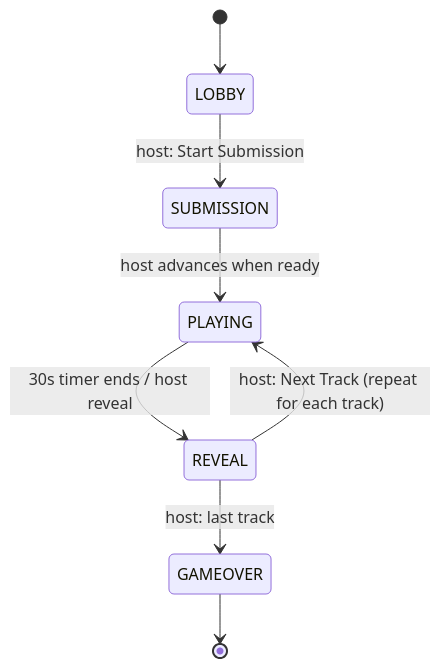
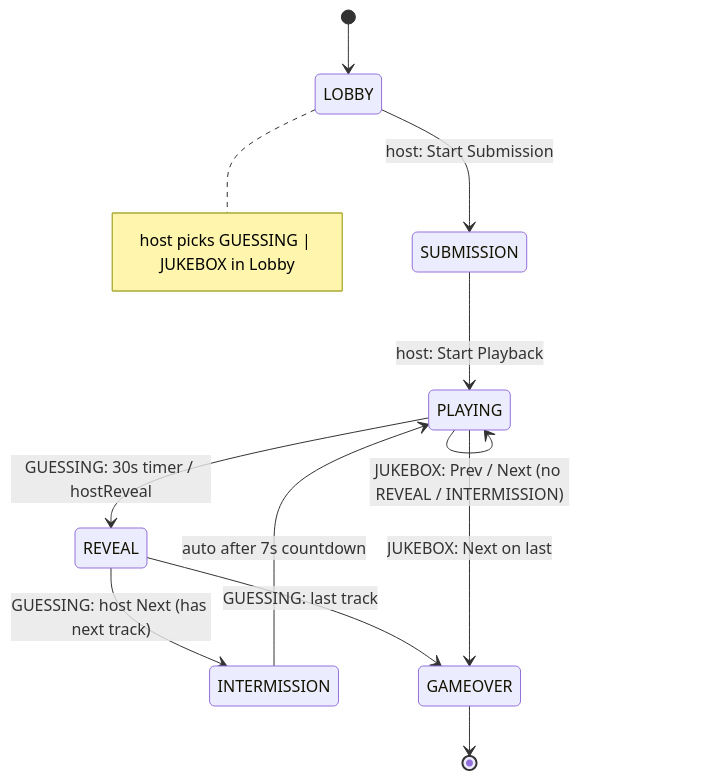
Before and after one commit to sudo-Harshk/pmp: the third of 3 diagrams in docs/ARCHITECTURE.md, drawn with Mermaid. The commit also changed other lines of this file and 13 other files, not shown here.

First line of the commit message:
feat: add intermission, vote lock-in, and casual jukebox mode

````diff
--- a/docs/ARCHITECTURE.md
+++ b/docs/ARCHITECTURE.md
@@ -78,10 +87,14 @@
 ```mermaid
 stateDiagram-v2
     [*] --> LOBBY
     LOBBY --> SUBMISSION: host: Start Submission
-    SUBMISSION --> PLAYING: host advances when ready
-    PLAYING --> REVEAL: 30s timer ends / host reveal
-    REVEAL --> PLAYING: host: Next Track (repeat for each track)
-    REVEAL --> GAMEOVER: host: last track
+    note right of LOBBY: host picks GUESSING | JUKEBOX in Lobby
+    SUBMISSION --> PLAYING: host: Start Playback
+    PLAYING --> REVEAL: GUESSING: 30s timer / hostReveal
+    REVEAL --> INTERMISSION: GUESSING: host Next (has next track)
+    INTERMISSION --> PLAYING: auto after 7s countdown
+    REVEAL --> GAMEOVER: GUESSING: last track
+    PLAYING --> PLAYING: JUKEBOX: Prev / Next (no REVEAL / INTERMISSION)
+    PLAYING --> GAMEOVER: JUKEBOX: Next on last
     GAMEOVER --> [*]
 ```
````
